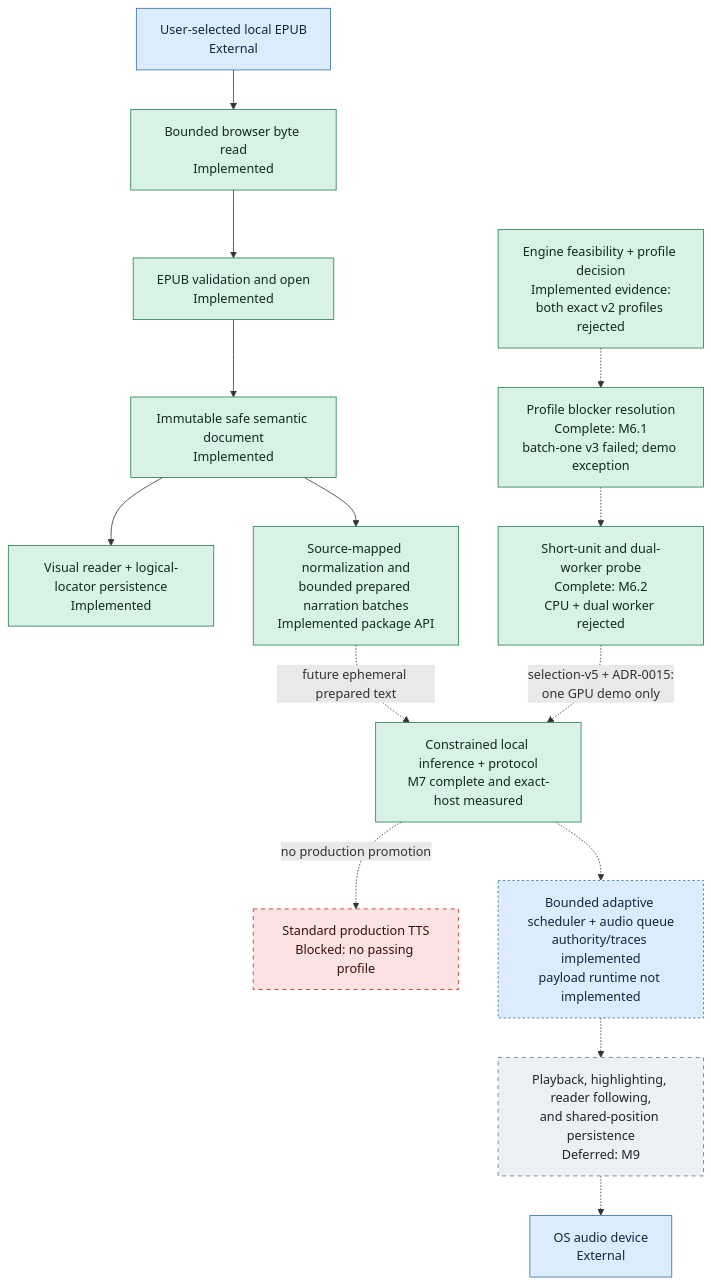
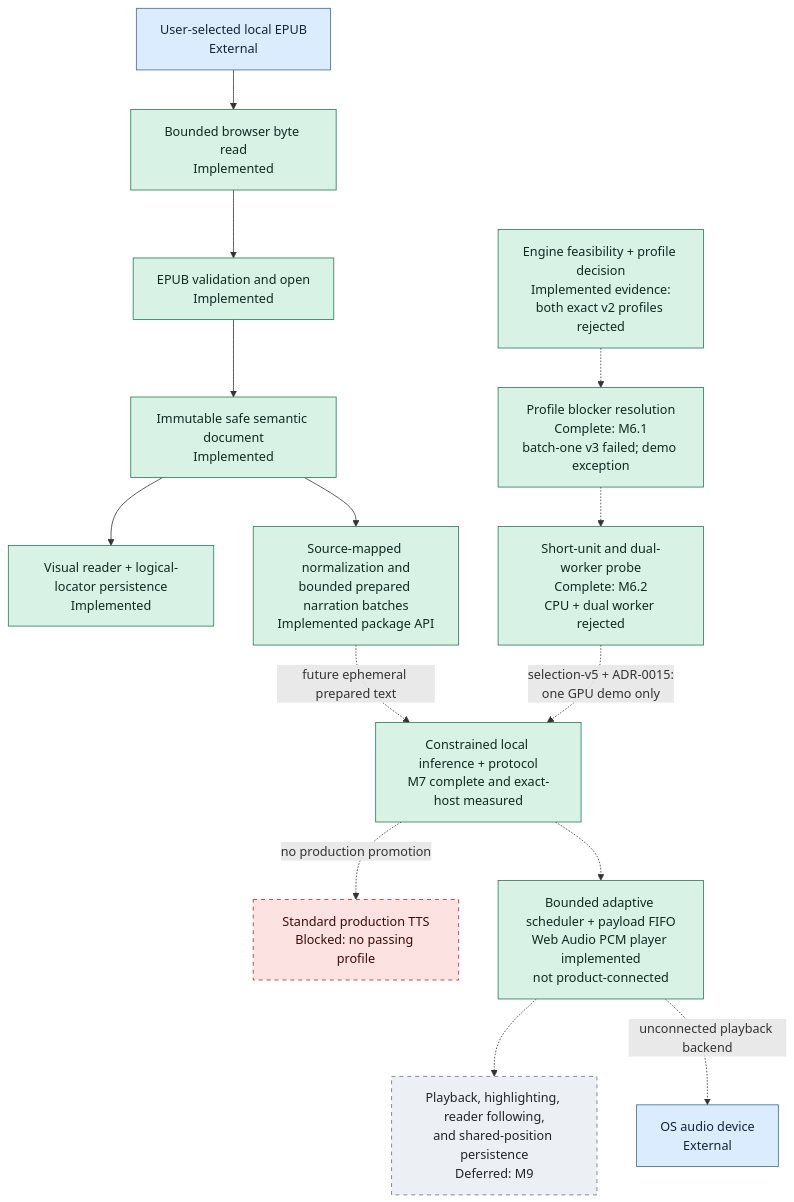
The second of 2 diagrams in docs/architecture/system-diagram.md (mmjosedaniel/voxleaf), drawn with Mermaid before and after one commit. The commit also changed other lines of this file and 15 other files, not shown here.

First line of the commit message:
feat(tts): implement bounded in-memory buffering and playback (#123)

````diff
--- a/docs/architecture/system-diagram.md
+++ b/docs/architecture/system-diagram.md
@@ -124,35 +124,35 @@
 ```mermaid
 flowchart TD
     classDef implemented fill:#d9f2e6,stroke:#247a52,color:#102a20
     classDef progress fill:#dcecff,stroke:#356aa0,color:#13253a,stroke-dasharray: 3 3
     classDef planned fill:#fff0c7,stroke:#9a6b00,color:#332400,stroke-dasharray: 5 5
     classDef blocked fill:#fde2e2,stroke:#b42318,color:#3a0d0d,stroke-dasharray: 5 5
     classDef deferred fill:#eceff3,stroke:#667085,color:#20242a,stroke-dasharray: 5 5
     classDef external fill:#dcecff,stroke:#356aa0,color:#13253a
 
     FILE["User-selected local EPUB<br/>External"]:::external
     READ["Bounded browser byte read<br/>Implemented"]:::implemented
     OPEN["EPUB validation and open<br/>Implemented"]:::implemented
     SAFE["Immutable safe semantic document<br/>Implemented"]:::implemented
     VISUAL["Visual reader + logical-locator persistence<br/>Implemented"]:::implemented
     PREP["Source-mapped normalization and<br/>bounded prepared narration batches<br/>Implemented package API"]:::implemented
     PROFILE["Engine feasibility + profile decision<br/>Implemented evidence:<br/>both exact v2 profiles rejected"]:::implemented
     NEXT_PROFILE["Profile blocker resolution<br/>Complete: M6.1<br/>batch-one v3 failed; demo exception"]:::implemented
     BATCH_PROBE["Short-unit and dual-worker probe<br/>Complete: M6.2<br/>CPU + dual worker rejected"]:::implemented
     INFER["Constrained local inference + protocol<br/>M7 complete and exact-host measured"]:::implemented
     PROD["Standard production TTS<br/>Blocked: no passing profile"]:::blocked
-    BUFFER["Bounded adaptive scheduler + audio queue<br/>authority/traces implemented<br/>payload runtime not implemented"]:::progress
+    BUFFER["Bounded adaptive scheduler + payload FIFO<br/>Web Audio PCM player implemented<br/>not product-connected"]:::implemented
     FOLLOW["Playback, highlighting, reader following,<br/>and shared-position persistence<br/>Deferred: M9"]:::deferred
     DEVICE["OS audio device<br/>External"]:::external
 
     FILE --> READ --> OPEN --> SAFE --> VISUAL
     SAFE --> PREP
     PREP -.->|"future ephemeral prepared text"| INFER
     PROFILE -.-> NEXT_PROFILE
     NEXT_PROFILE -.-> BATCH_PROBE
     BATCH_PROBE -.->|"selection-v5 + ADR-0015:<br/>one GPU demo only"| INFER
     INFER -.->|"no production promotion"| PROD
     INFER -.-> BUFFER
     BUFFER -.-> FOLLOW
-    FOLLOW -.-> DEVICE
+    BUFFER -.->|"unconnected playback backend"| DEVICE
 ```
````
